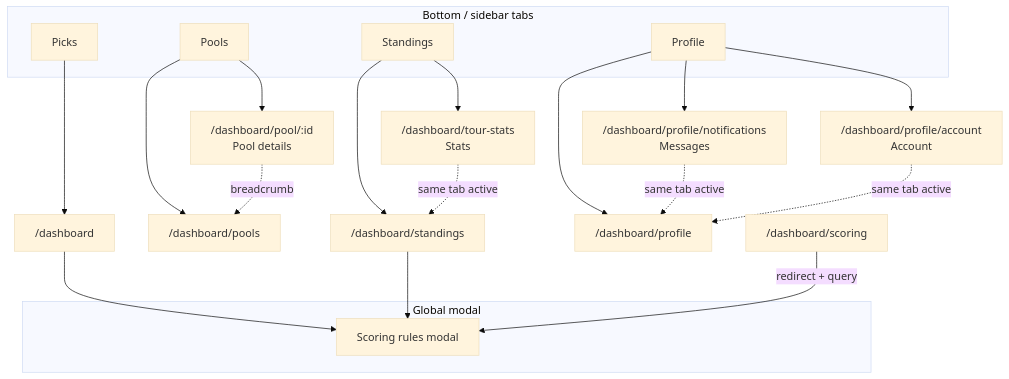
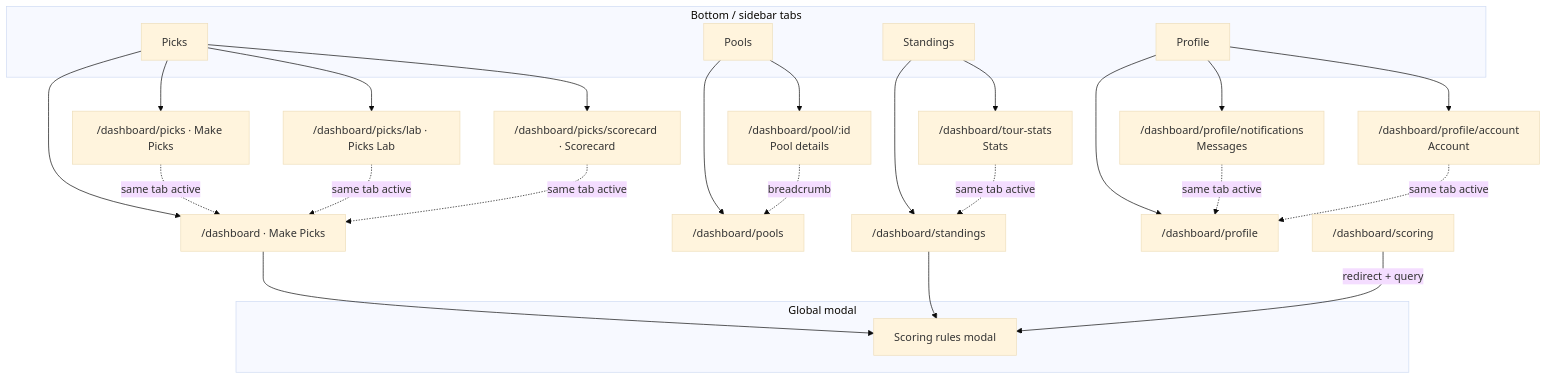
The diagram in docs/DASHBOARD_IA.md (pat792/set-picks), drawn with Mermaid (base theme) before and after one commit. The commit also changed other lines of this file and 24 other files, not shown here.

First line of the commit message:
feat(picks): Make Picks / Picks Lab / Scorecard tertiary shell

````diff
--- a/docs/DASHBOARD_IA.md
+++ b/docs/DASHBOARD_IA.md
@@ -190,31 +210,37 @@
 ```mermaid
 flowchart TB
   subgraph tabs [Bottom / sidebar tabs]
     P[Picks]
     Po[Pools]
     S[Standings]
     Pr[Profile]
   end
 
-  P --> PicksRoute["/dashboard"]
+  P --> PicksRoute["/dashboard · Make Picks"]
+  P --> PicksAlias["/dashboard/picks · Make Picks"]
+  P --> PicksLab["/dashboard/picks/lab · Picks Lab"]
+  P --> PicksScore["/dashboard/picks/scorecard · Scorecard"]
   Po --> PoolsList["/dashboard/pools"]
   Po --> PoolDetail["/dashboard/pool/:id\nPool details"]
   S --> StandingsRoute["/dashboard/standings"]
   S --> TourStatsRoute["/dashboard/tour-stats\nStats"]
   Pr --> ProfileRoute["/dashboard/profile"]
   Pr --> MessagesRoute["/dashboard/profile/notifications\nMessages"]
   Pr --> AccountRoute["/dashboard/profile/account\nAccount"]
 
+  PicksAlias -.->|same tab active| PicksRoute
+  PicksLab -.->|same tab active| PicksRoute
+  PicksScore -.->|same tab active| PicksRoute
   PoolDetail -.->|breadcrumb| PoolsList
   MessagesRoute -.->|same tab active| ProfileRoute
   AccountRoute -.->|same tab active| ProfileRoute
   TourStatsRoute -.->|same tab active| StandingsRoute
 
   subgraph modal [Global modal]
     SR[Scoring rules modal]
   end
 
   PicksRoute --> SR
   StandingsRoute --> SR
   DeepLink["/dashboard/scoring"] -->|redirect + query| SR
 ```
````
